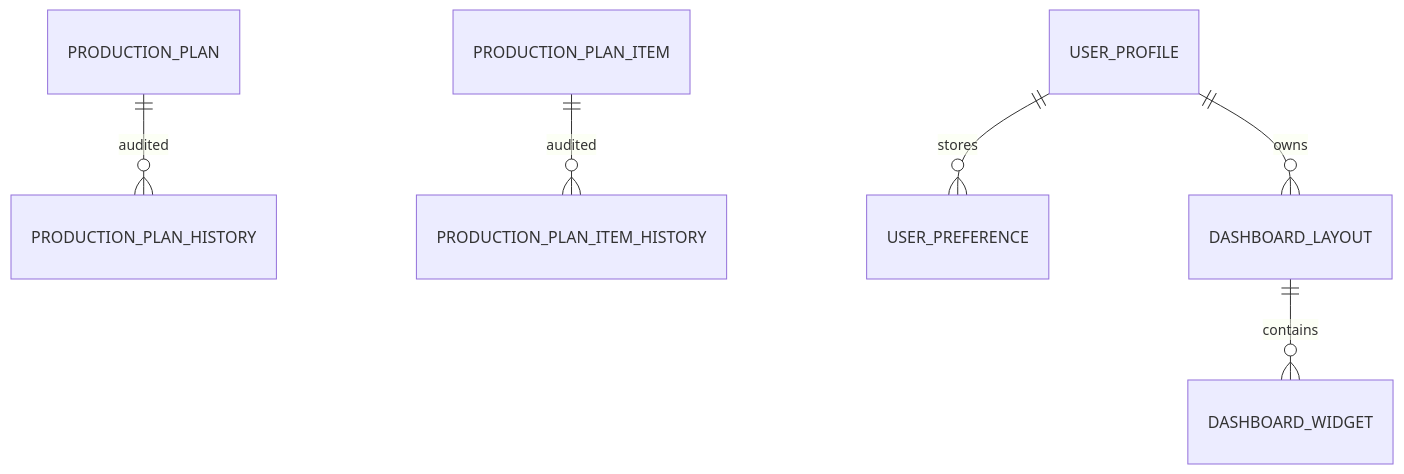
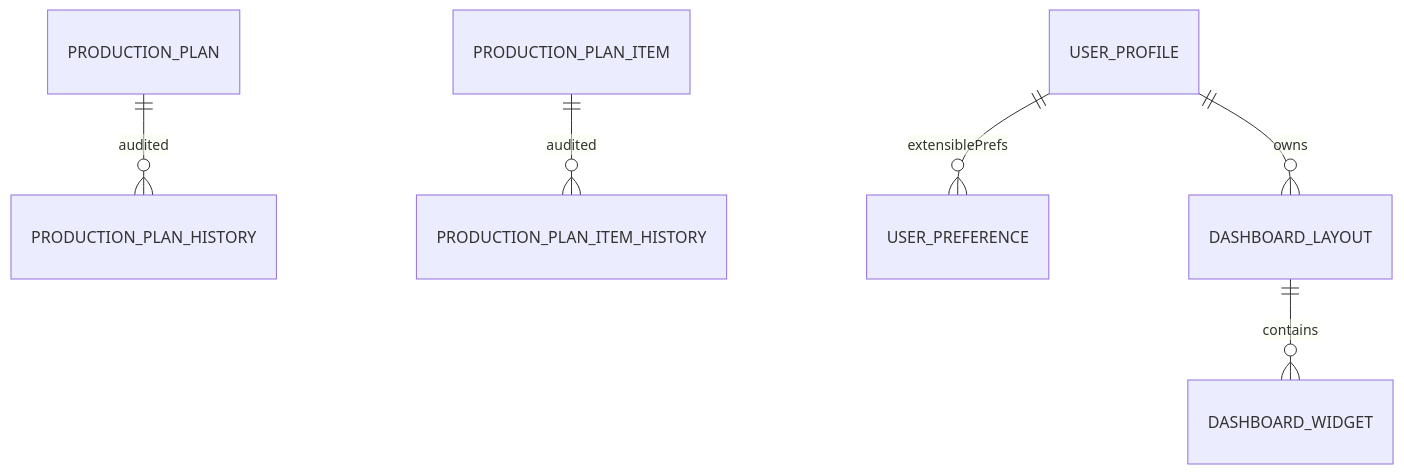
The fourth of 4 diagrams in docs/06_ER_DIAGRAM.md (surasanetho-cmd/Factory-Operations), drawn with Mermaid before and after one commit. The commit also changed other lines of this file and 28 other files, not shown here.

First line of the commit message:
docs: review remediation — fix schema gaps and add missing standards

````diff
--- a/docs/06_ER_DIAGRAM.md
+++ b/docs/06_ER_DIAGRAM.md
@@ -128,8 +132,8 @@
 ```mermaid
 erDiagram
   PRODUCTION_PLAN ||--o{ PRODUCTION_PLAN_HISTORY : audited
   PRODUCTION_PLAN_ITEM ||--o{ PRODUCTION_PLAN_ITEM_HISTORY : audited
-  USER_PROFILE ||--o{ USER_PREFERENCE : stores
+  USER_PROFILE ||--o{ USER_PREFERENCE : extensiblePrefs
   USER_PROFILE ||--o{ DASHBOARD_LAYOUT : owns
   DASHBOARD_LAYOUT ||--o{ DASHBOARD_WIDGET : contains
 ```
````
